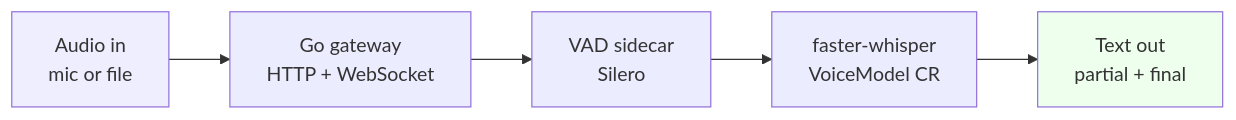
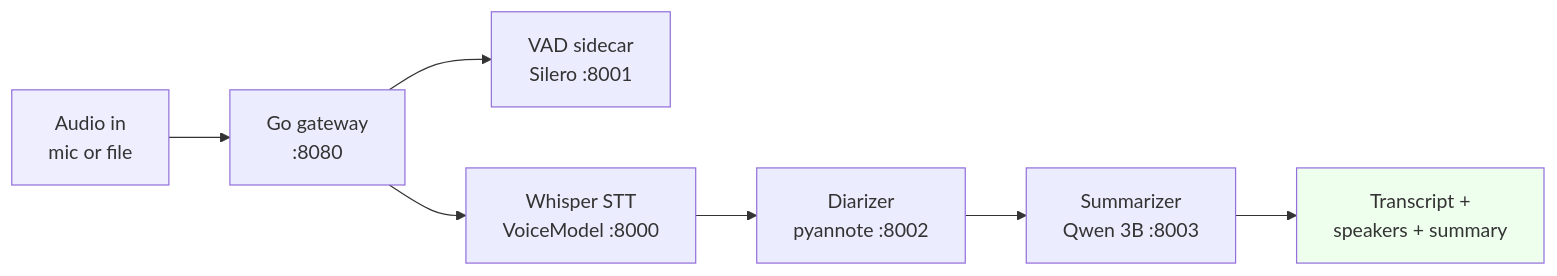
Before and after one commit to abhishekkarki/voxplatform: the diagram in docs/index.md, drawn with Mermaid. The commit also changed other lines of this file and 5 other files, not shown here.

````diff
--- a/docs/index.md
+++ b/docs/index.md
@@ -18,10 +18,12 @@
 ```mermaid
 flowchart LR
-    A[Audio in<br/>mic or file] --> B[Go gateway<br/>HTTP + WebSocket]
-    B --> C[VAD sidecar<br/>Silero]
-    C --> D[faster-whisper<br/>VoiceModel CR]
-    D --> E[Text out<br/>partial + final]
+    A[Audio in<br/>mic or file] --> B[Go gateway<br/>:8080]
+    B --> C[VAD sidecar<br/>Silero :8001]
+    B --> D[Whisper STT<br/>VoiceModel :8000]
+    D --> E[Diarizer<br/>pyannote :8002]
+    E --> F[Summarizer<br/>Qwen 3B :8003]
+    F --> G[Transcript +<br/>speakers + summary]
 
     style A fill:#eef
-    style E fill:#efe
+    style G fill:#efe
 ```
````
